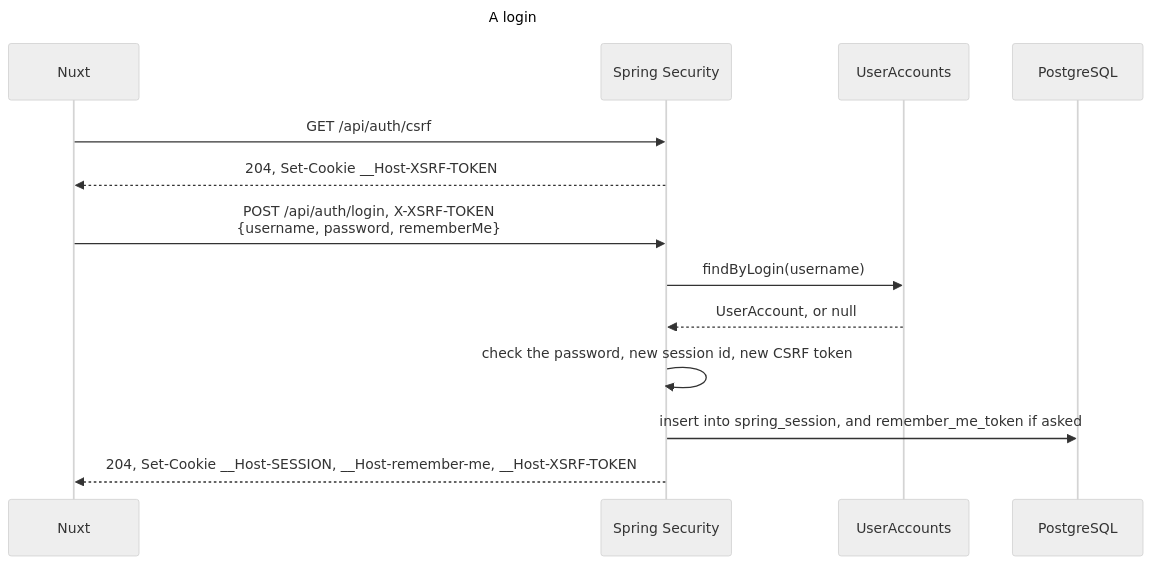
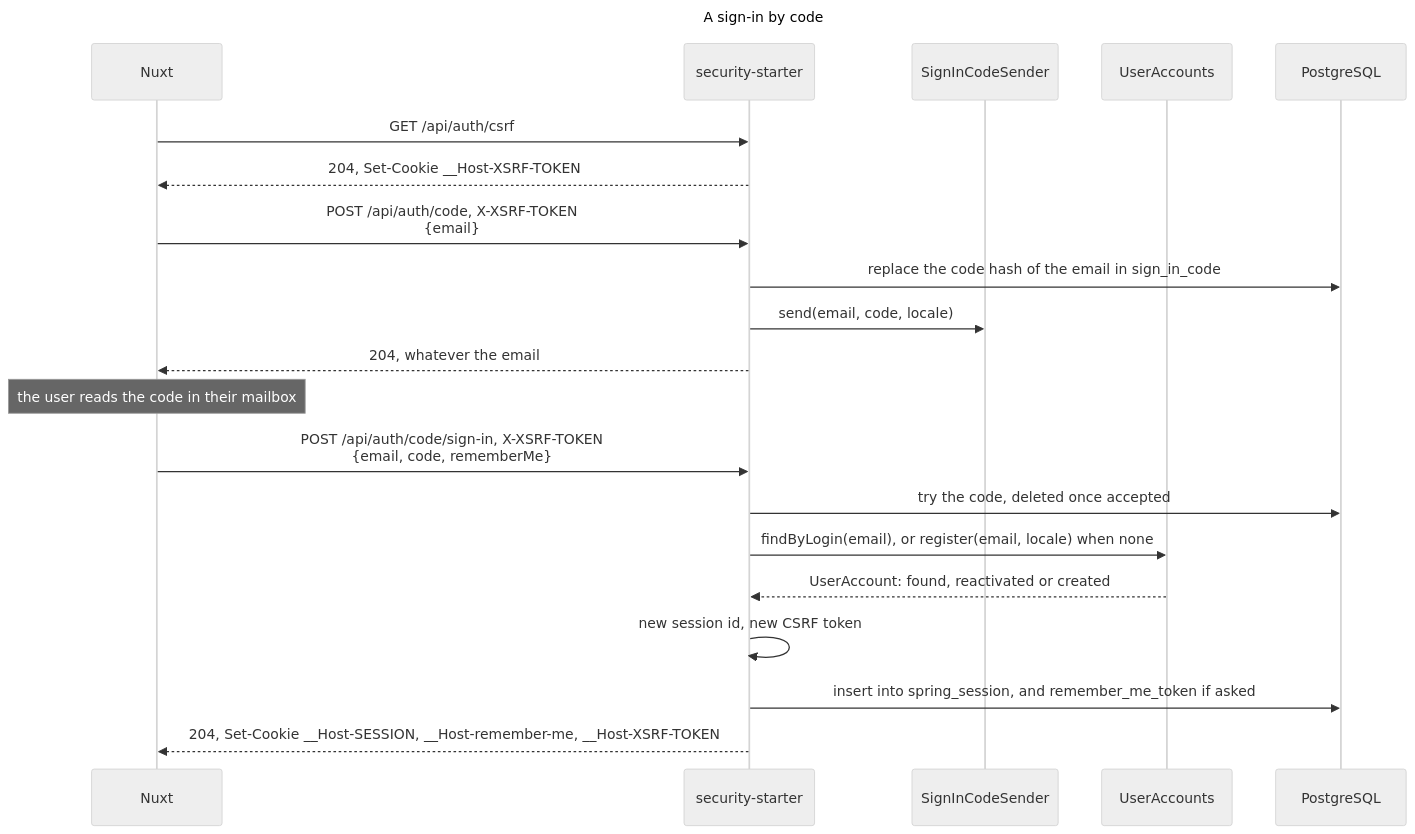
The fifth of 8 diagrams in docs/src/engineering/security/principles.md (mboisnard/drinkit), drawn with Mermaid (neutral theme) before and after one commit. The commit also changed other lines of this file and 13 other files, not shown here.

Commit message:
[DOCUMENTATION] Explain the sign-in by a code sent by email, and where each piece lives (#586)

````diff
--- a/docs/src/engineering/security/principles.md
+++ b/docs/src/engineering/security/principles.md
@@ -150,18 +164,25 @@
 ```mermaid
 ---
-title: A login
+title: A sign-in by code
 ---
 sequenceDiagram
   participant Nuxt
-  participant Security as Spring Security
+  participant Starter as security-starter
+  participant Sender as SignInCodeSender
   participant Accounts as UserAccounts
   participant DB as PostgreSQL
-  Nuxt->>Security: GET /api/auth/csrf
-  Security-->>Nuxt: 204, Set-Cookie __Host-XSRF-TOKEN
-  Nuxt->>Security: POST /api/auth/login, X-XSRF-TOKEN<br/>{username, password, rememberMe}
-  Security->>Accounts: findByLogin(username)
-  Accounts-->>Security: UserAccount, or null
-  Security->>Security: check the password, new session id, new CSRF token
-  Security->>DB: insert into spring_session, and remember_me_token if asked
-  Security-->>Nuxt: 204, Set-Cookie __Host-SESSION, __Host-remember-me, __Host-XSRF-TOKEN
+  Nuxt->>Starter: GET /api/auth/csrf
+  Starter-->>Nuxt: 204, Set-Cookie __Host-XSRF-TOKEN
+  Nuxt->>Starter: POST /api/auth/code, X-XSRF-TOKEN<br/>{email}
+  Starter->>DB: replace the code hash of the email in sign_in_code
+  Starter->>Sender: send(email, code, locale)
+  Starter-->>Nuxt: 204, whatever the email
+  Note over Nuxt: the user reads the code in their mailbox
+  Nuxt->>Starter: POST /api/auth/code/sign-in, X-XSRF-TOKEN<br/>{email, code, rememberMe}
+  Starter->>DB: try the code, deleted once accepted
+  Starter->>Accounts: findByLogin(email), or register(email, locale) when none
+  Accounts-->>Starter: UserAccount: found, reactivated or created
+  Starter->>Starter: new session id, new CSRF token
+  Starter->>DB: insert into spring_session, and remember_me_token if asked
+  Starter-->>Nuxt: 204, Set-Cookie __Host-SESSION, __Host-remember-me, __Host-XSRF-TOKEN
 ```
````
